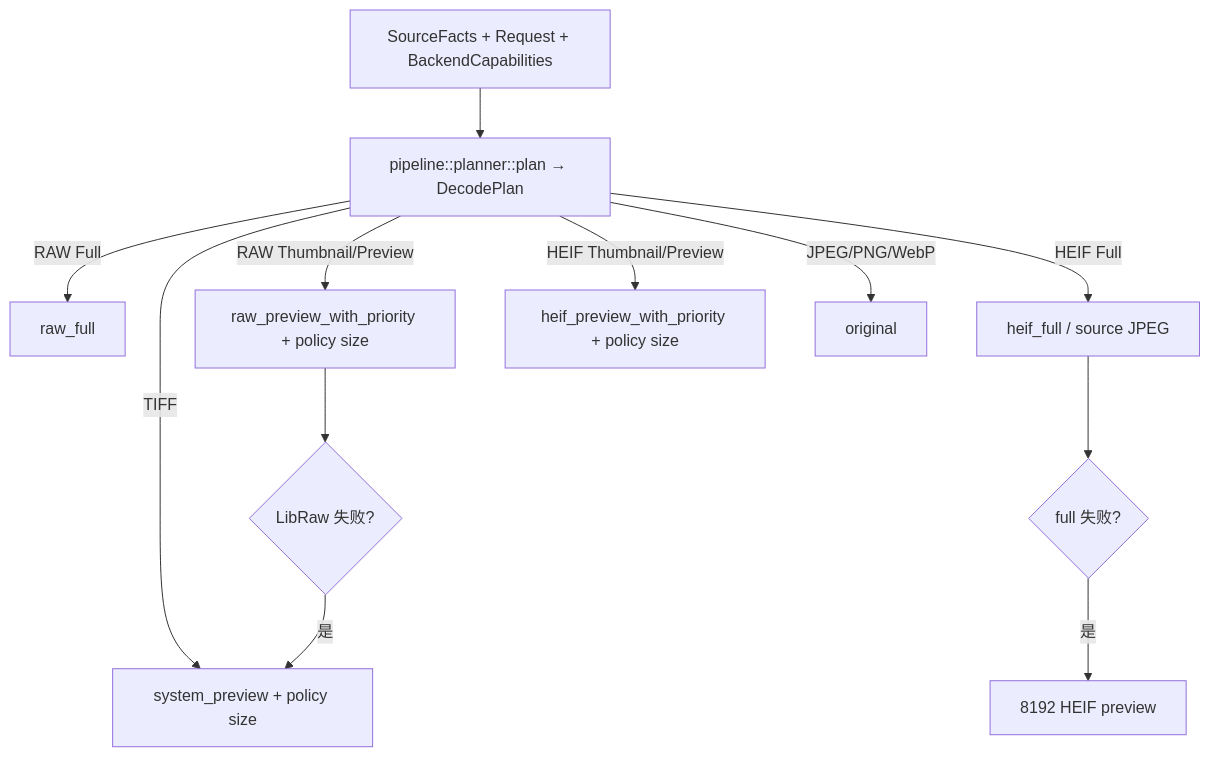
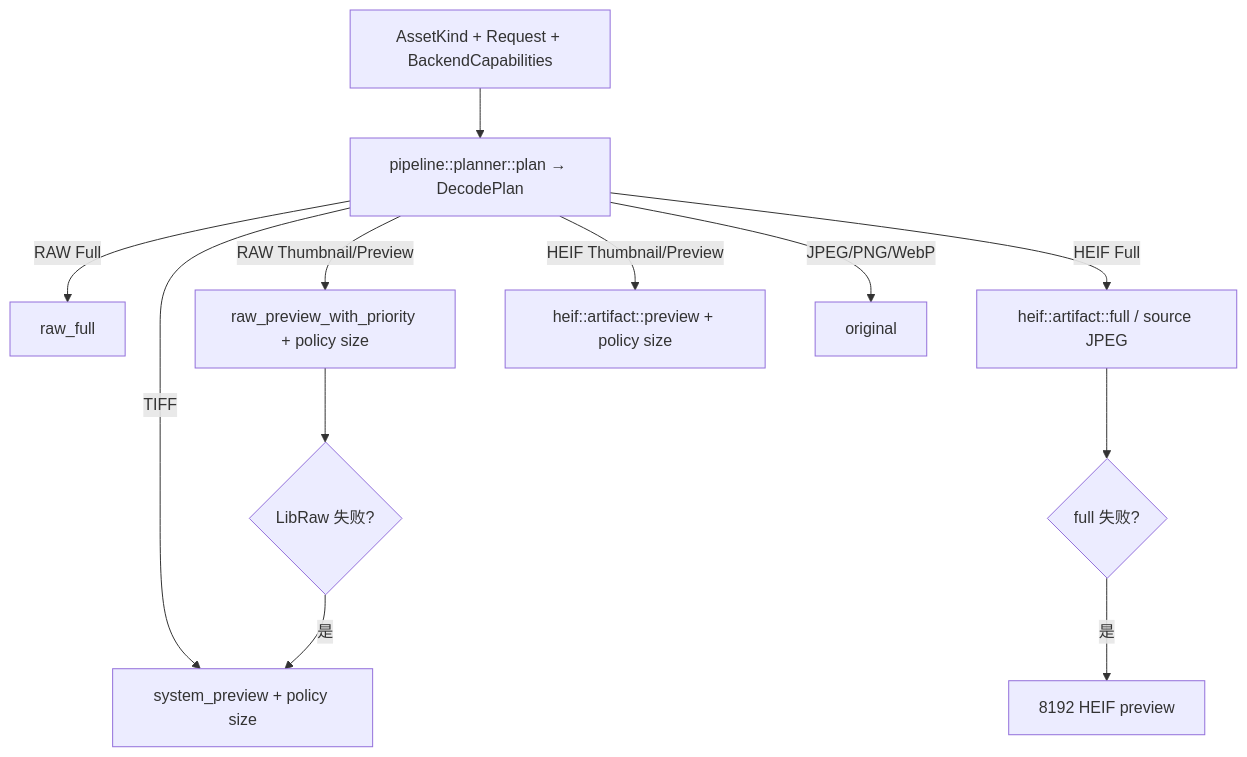
Before and after one commit to oxygenkun/oxyviewer: the third of 3 diagrams in docs/architecture/03-preview-pipeline.md, drawn with Mermaid. The commit also changed other lines of this file and 23 other files, not shown here.

First line of the commit message:
refactor(media)!: consolidate HEIF preview execution

````diff
--- a/docs/architecture/03-preview-pipeline.md
+++ b/docs/architecture/03-preview-pipeline.md
@@ -179,14 +180,14 @@
 ```mermaid
 flowchart TD
-    request["SourceFacts + Request + BackendCapabilities"] --> policy["pipeline::planner::plan → DecodePlan"]
+    request["AssetKind + Request + BackendCapabilities"] --> policy["pipeline::planner::plan → DecodePlan"]
     policy -->|RAW Full| rawFull["raw_full"]
     policy -->|RAW Thumbnail/Preview| rawPreview["raw_preview_with_priority + policy size"]
-    policy -->|HEIF Full| heifFull["heif_full / source JPEG"]
-    policy -->|HEIF Thumbnail/Preview| heifPreview["heif_preview_with_priority + policy size"]
+    policy -->|HEIF Full| heifFull["heif::artifact::full / source JPEG"]
+    policy -->|HEIF Thumbnail/Preview| heifPreview["heif::artifact::preview + policy size"]
     policy -->|TIFF| systemPreview["system_preview + policy size"]
     policy -->|JPEG/PNG/WebP| original["original"]
     rawPreview --> rawFallback{LibRaw 失败?}
     rawFallback -->|是| systemPreview
     heifFull --> heifFallback{full 失败?}
     heifFallback -->|是| heif8192["8192 HEIF preview"]
 ```
````
